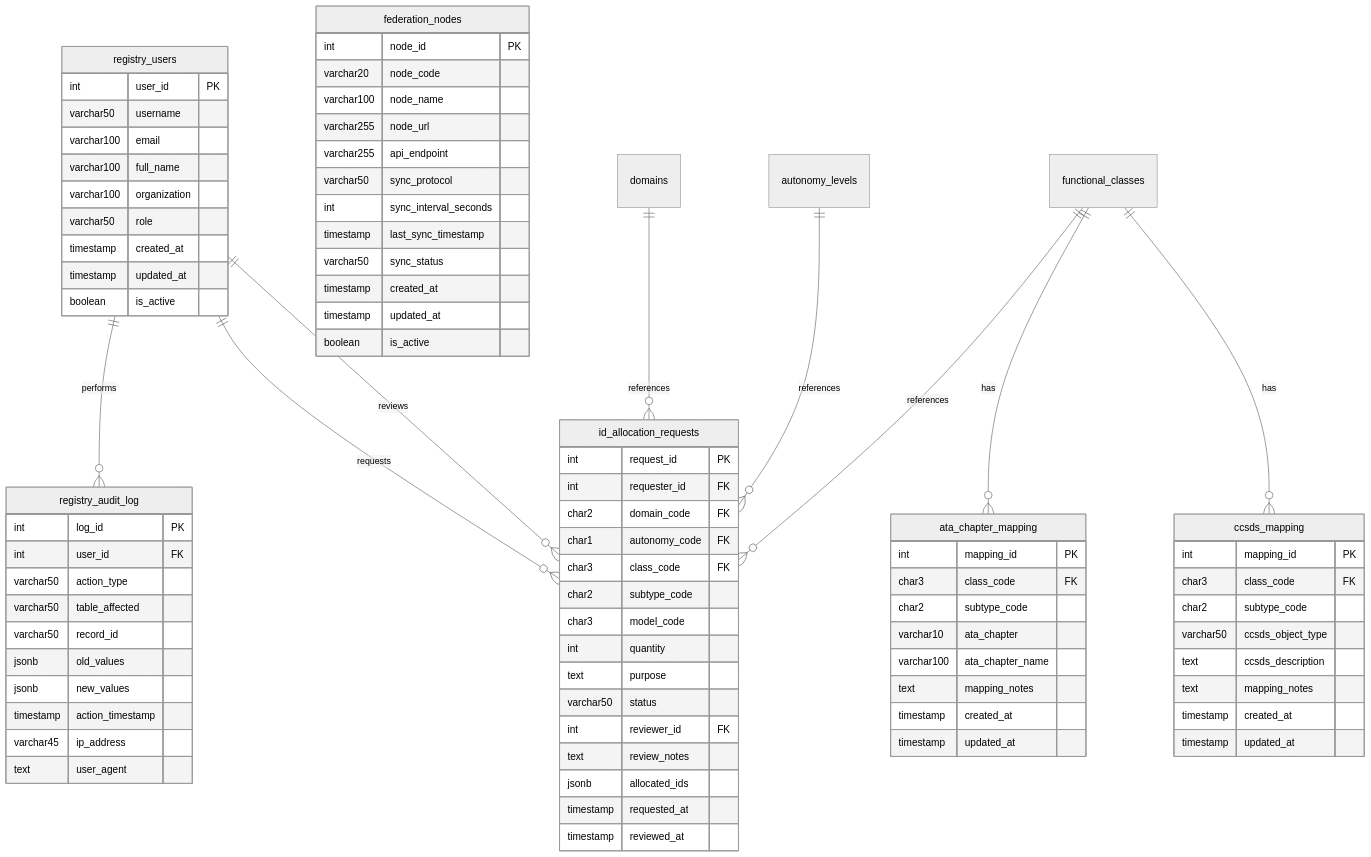
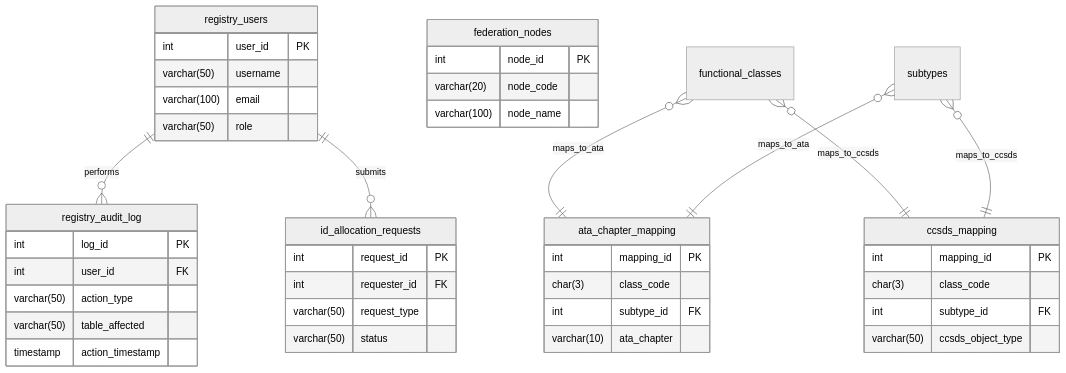
The fourth of 5 diagrams in README.md (ampel360/Robbbo-T), drawn with Mermaid (neutral theme) before and after one commit. The commit also changed other lines of this file, not shown here.

````diff
--- a/README.md
+++ b/README.md
@@ -2086,90 +1506,51 @@
 erDiagram
     registry_users {
         int user_id PK
-        varchar50 username
-        varchar100 email
-        varchar100 full_name
-        varchar100 organization
-        varchar50 role
-        timestamp created_at
-        timestamp updated_at
-        boolean is_active
+        varchar(50) username
+        varchar(100) email
+        varchar(50) role
     }
-    
+
     registry_audit_log {
         int log_id PK
         int user_id FK
-        varchar50 action_type
-        varchar50 table_affected
-        varchar50 record_id
-        jsonb old_values
-        jsonb new_values
+        varchar(50) action_type
+        varchar(50) table_affected
         timestamp action_timestamp
-        varchar45 ip_address
-        text user_agent
     }
-    
+
     id_allocation_requests {
         int request_id PK
         int requester_id FK
-        char2 domain_code FK
-        char1 autonomy_code FK
-        char3 class_code FK
-        char2 subtype_code
-        char3 model_code
-        int quantity
-        text purpose
-        varchar50 status
-        int reviewer_id FK
-        text review_notes
-        jsonb allocated_ids
-        timestamp requested_at
-        timestamp reviewed_at
+        varchar(50) request_type
+        varchar(50) status
     }
-    
+
     ata_chapter_mapping {
         int mapping_id PK
-        char3 class_code FK
-        char2 subtype_code
-        varchar10 ata_chapter
-        varchar100 ata_chapter_name
-        text mapping_notes
-        timestamp created_at
-        timestamp updated_at
+        char(3) class_code
+        int subtype_id FK
+        varchar(10) ata_chapter
     }
-    
+
     ccsds_mapping {
         int mapping_id PK
-        char3 class_code FK
-        char2 subtype_code
-        varchar50 ccsds_object_type
-        text ccsds_description
-        text mapping_notes
-        timestamp created_at
-        timestamp updated_at
+        char(3) class_code
+        int subtype_id FK
+        varchar(50) ccsds_object_type
     }
-    
+
     federation_nodes {
         int node_id PK
-        varchar20 node_code
-        varchar100 node_name
-        varchar255 node_url
-        varchar255 api_endpoint
-        varchar50 sync_protocol
-        int sync_interval_seconds
-        timestamp last_sync_timestamp
-        varchar50 sync_status
-        timestamp created_at
-        timestamp updated_at
-        boolean is_active
+        varchar(20) node_code
+        varchar(100) node_name
     }
-    
+
     registry_users ||--o{ registry_audit_log : "performs"
-    registry_users ||--o{ id_allocation_requests : "requests"
-    registry_users ||--o{ id_allocation_requests : "reviews"
-    domains ||--o{ id_allocation_requests : "references"
-    autonomy_levels ||--o{ id_allocation_requests : "references"
-    functional_classes ||--o{ id_allocation_requests : "references"
-    functional_classes ||--o{ ata_chapter_mapping : "has"
-    functional_classes ||--o{ ccsds_mapping : "has"
+    registry_users ||--o{ id_allocation_requests : "submits"
+    functional_classes }o--|| ata_chapter_mapping : "maps_to_ata"
+    subtypes }o--|| ata_chapter_mapping : "maps_to_ata"
+    functional_classes }o--|| ccsds_mapping : "maps_to_ccsds"
+    subtypes }o--|| ccsds_mapping : "maps_to_ccsds"
+
 ```
````
